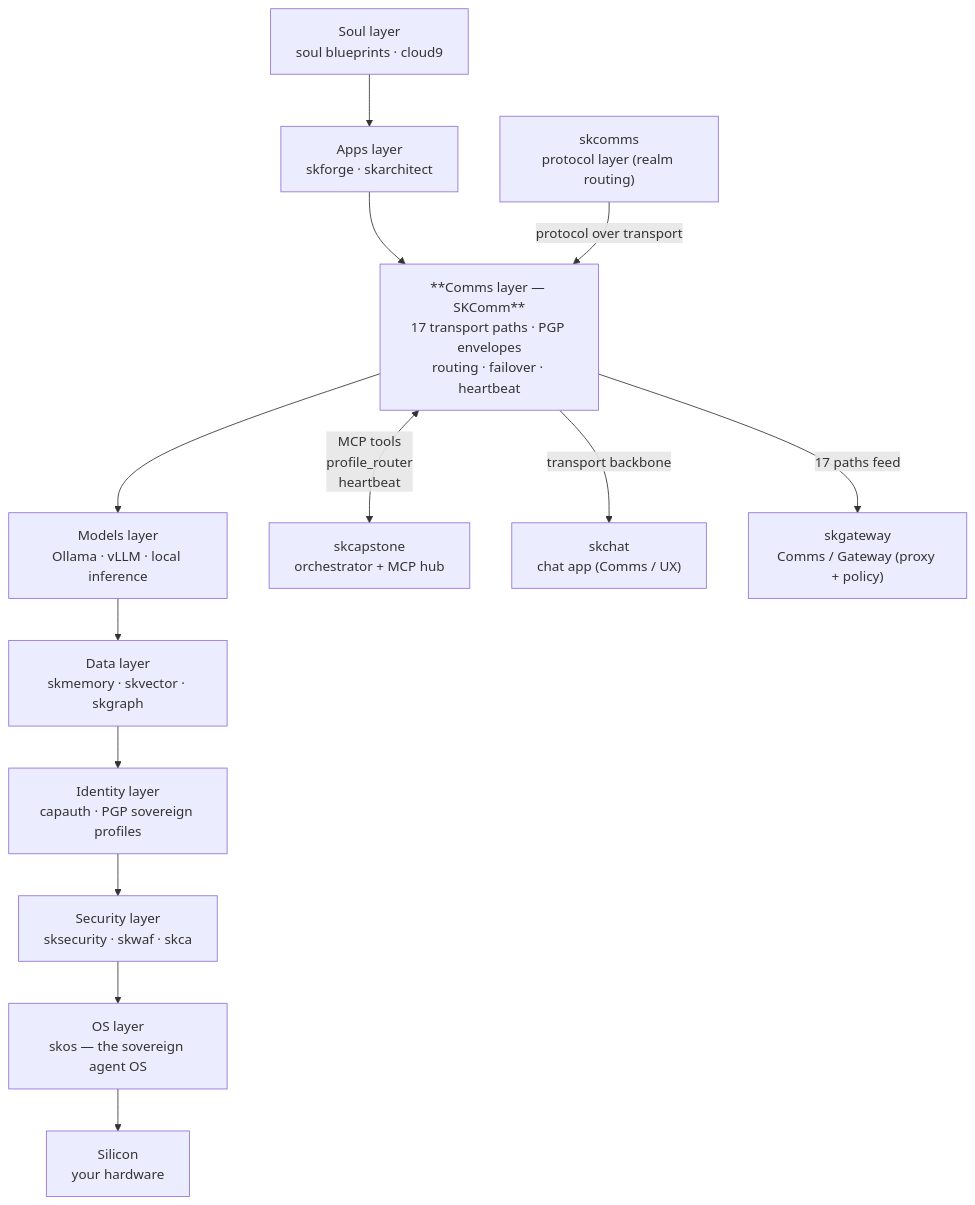
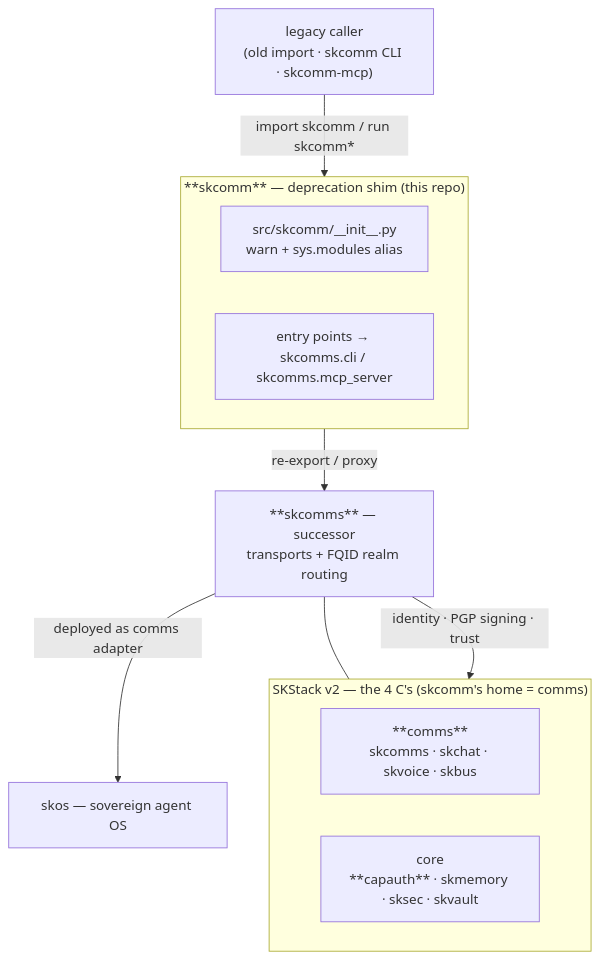
Before and after one commit to smilinTux/skcomm: the diagram in README.md, drawn with Mermaid. The commit also changed other lines of this file and 1 other file, not shown here.

First line of the commit message:
docs: reframe README + ARCHITECTURE as deprecation-shim → skcomms

````diff
--- a/README.md
+++ b/README.md
@@ -579,24 +125,22 @@
 ```mermaid
 flowchart TD
-    SOUL["Soul layer\nsoul blueprints · cloud9"]
-    APPS["Apps layer\nskforge · skarchitect"]
-    COMMS["**Comms layer — SKComm**\n17 transport paths · PGP envelopes\nrouting · failover · heartbeat"]
-    MODELS["Models layer\nOllama · vLLM · local inference"]
-    DATA["Data layer\nskmemory · skvector · skgraph"]
-    IDENTITY["Identity layer\ncapauth · PGP sovereign profiles"]
-    SECURITY["Security layer\nsksecurity · skwaf · skca"]
-    OS["OS layer\nskos — the sovereign agent OS"]
-    SILICON["Silicon\nyour hardware"]
+    CALLER["legacy caller<br/>(old import · skcomm CLI · skcomm-mcp)"]
+    CALLER -->|"import skcomm / run skcomm*"| SHIM
 
-    SOUL --> APPS --> COMMS --> MODELS --> DATA --> IDENTITY --> SECURITY --> OS --> SILICON
+    subgraph SHIM["**skcomm** — deprecation shim (this repo)"]
+      INIT["src/skcomm/__init__.py<br/>warn + sys.modules alias"]
+      EP["entry points → skcomms.cli / skcomms.mcp_server"]
+    end
 
-    SKCAPSTONE["skcapstone\norchestrator + MCP hub"]
-    SKCHAT["skchat\nchat app (Comms / UX)"]
-    SKCOMMS["skcomms\nprotocol layer (realm routing)"]
-    SKGATEWAY["skgateway\nComms / Gateway (proxy + policy)"]
+    SHIM -->|"re-export / proxy"| SKCOMMS["**skcomms** — successor<br/>transports + FQID realm routing"]
 
-    COMMS <-->|"MCP tools\nprofile_router\nheartbeat"| SKCAPSTONE
-    COMMS -->|"transport backbone"| SKCHAT
-    SKCOMMS -->|"protocol over transport"| COMMS
-    COMMS -->|"17 paths feed"| SKGATEWAY
+    subgraph C4["SKStack v2 — the 4 C's (skcomm's home = comms)"]
+      direction LR
+      COMMS["**comms**<br/>skcomms · skchat · skvoice · skbus"]
+      CORE["core<br/>**capauth** · skmemory · sksec · skvault"]
+    end
+
+    SKCOMMS --- COMMS
+    SKCOMMS -->|"identity · PGP signing · trust"| CORE
+    SKCOMMS -->|"deployed as comms adapter"| SKOS["skos — sovereign agent OS"]
 ```
````
